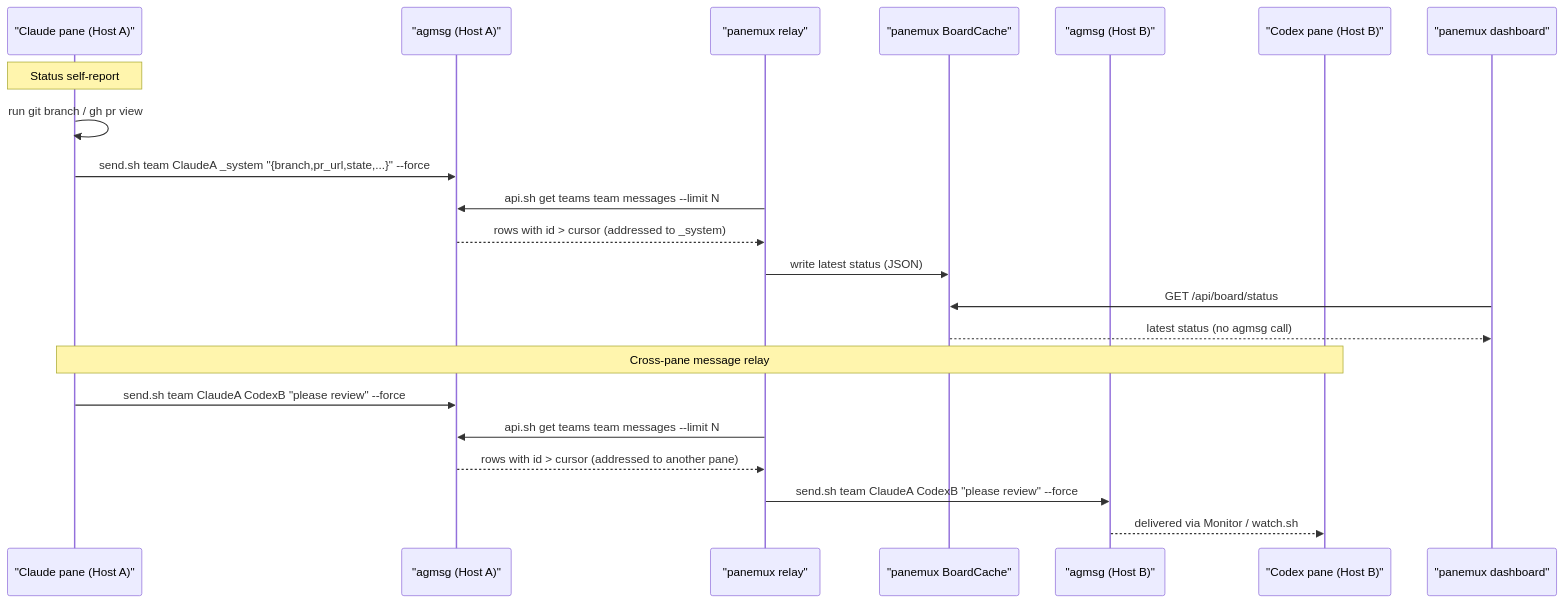
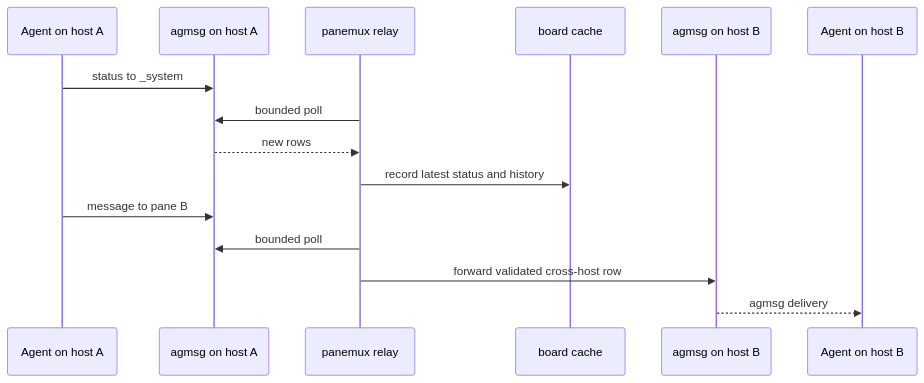
Before and after one commit to tomo-chan/panemux: the diagram in docs/agent-board/message-flow.md, drawn with Mermaid. The commit also changed other lines of this file and 17 other files, not shown here.

````diff
--- a/docs/agent-board/message-flow.md
+++ b/docs/agent-board/message-flow.md
@@ -67,26 +32,19 @@
 ```mermaid
 sequenceDiagram
-    participant ClaudeA as "Claude pane (Host A)"
-    participant AgmsgA as "agmsg (Host A)"
-    participant Relay as "panemux relay"
-    participant Cache as "panemux BoardCache"
-    participant AgmsgB as "agmsg (Host B)"
-    participant CodexB as "Codex pane (Host B)"
-    participant Dash as "panemux dashboard"
+    participant AgentA as Agent on host A
+    participant AgmsgA as agmsg on host A
+    participant Relay as panemux relay
+    participant Cache as board cache
+    participant AgmsgB as agmsg on host B
+    participant AgentB as Agent on host B
 
-    Note over ClaudeA: Status self-report
-    ClaudeA->>ClaudeA: run git branch / gh pr view
-    ClaudeA->>AgmsgA: send.sh team ClaudeA _system "{branch,pr_url,state,...}" --force
-    Relay->>AgmsgA: api.sh get teams team messages --limit N
-    AgmsgA-->>Relay: rows with id > cursor (addressed to _system)
-    Relay->>Cache: write latest status (JSON)
-    Dash->>Cache: GET /api/board/status
-    Cache-->>Dash: latest status (no agmsg call)
+    AgentA->>AgmsgA: status to _system
+    Relay->>AgmsgA: bounded poll
+    AgmsgA-->>Relay: new rows
+    Relay->>Cache: record latest status and history
 
-    Note over ClaudeA,CodexB: Cross-pane message relay
-    ClaudeA->>AgmsgA: send.sh team ClaudeA CodexB "please review" --force
-    Relay->>AgmsgA: api.sh get teams team messages --limit N
-    AgmsgA-->>Relay: rows with id > cursor (addressed to another pane)
-    Relay->>AgmsgB: send.sh team ClaudeA CodexB "please review" --force
-    AgmsgB-->>CodexB: delivered via Monitor / watch.sh
+    AgentA->>AgmsgA: message to pane B
+    Relay->>AgmsgA: bounded poll
+    Relay->>AgmsgB: forward validated cross-host row
+    AgmsgB-->>AgentB: agmsg delivery
 ```
````
